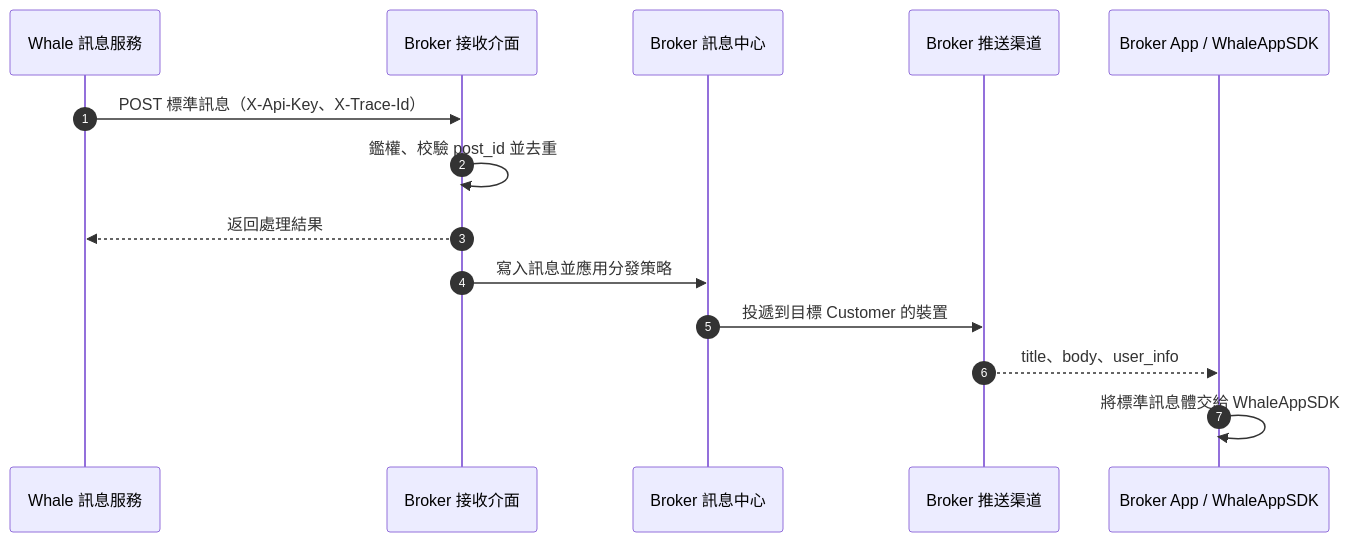
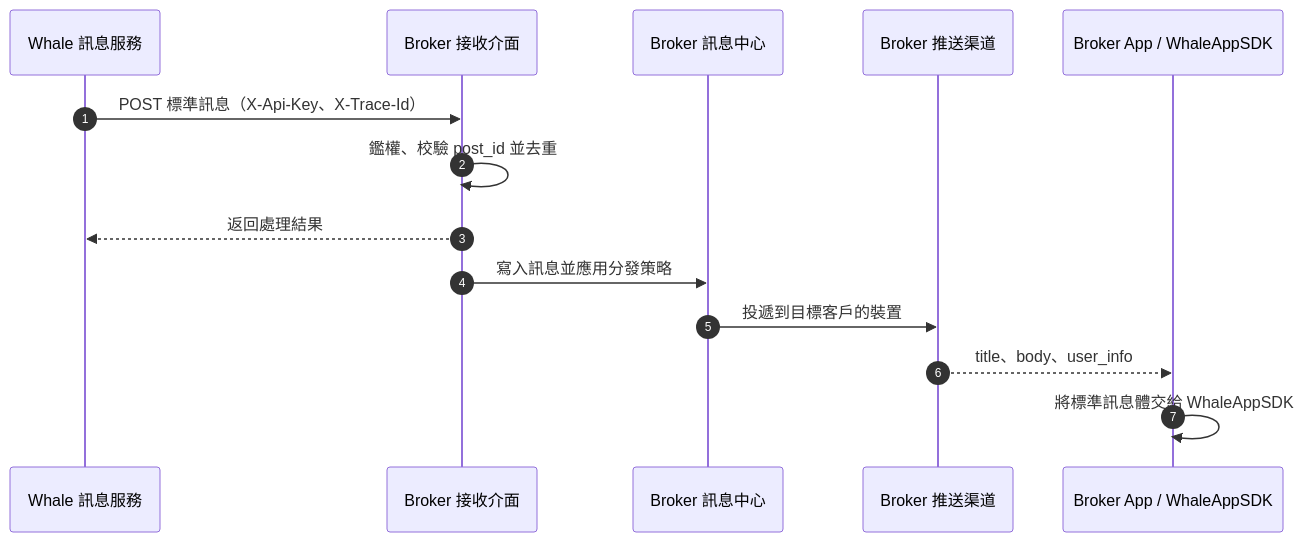
The second of 2 diagrams in docs/zh-HK/docs/message-push.mdx (longbridge/whale-docs), drawn with Mermaid before and after one commit. The commit also changed other lines of this file and 72 other files, not shown here.

````diff
--- a/docs/zh-HK/docs/message-push.mdx
+++ b/docs/zh-HK/docs/message-push.mdx
@@ -92,17 +92,17 @@
 ```mermaid
 sequenceDiagram
     autonumber
     participant Whale as Whale 訊息服務
     participant Endpoint as Broker 接收介面
     participant Center as Broker 訊息中心
     participant Channel as Broker 推送渠道
     participant App as Broker App / WhaleAppSDK
 
     Whale->>Endpoint: POST 標準訊息（X-Api-Key、X-Trace-Id）
     Endpoint->>Endpoint: 鑑權、校驗 post_id 並去重
     Endpoint-->>Whale: 返回處理結果
     Endpoint->>Center: 寫入訊息並應用分發策略
-    Center->>Channel: 投遞到目標 Customer 的裝置
+    Center->>Channel: 投遞到目標客戶的裝置
     Channel-->>App: title、body、user_info
     App->>App: 將標準訊息體交給 WhaleAppSDK
 ```
````
